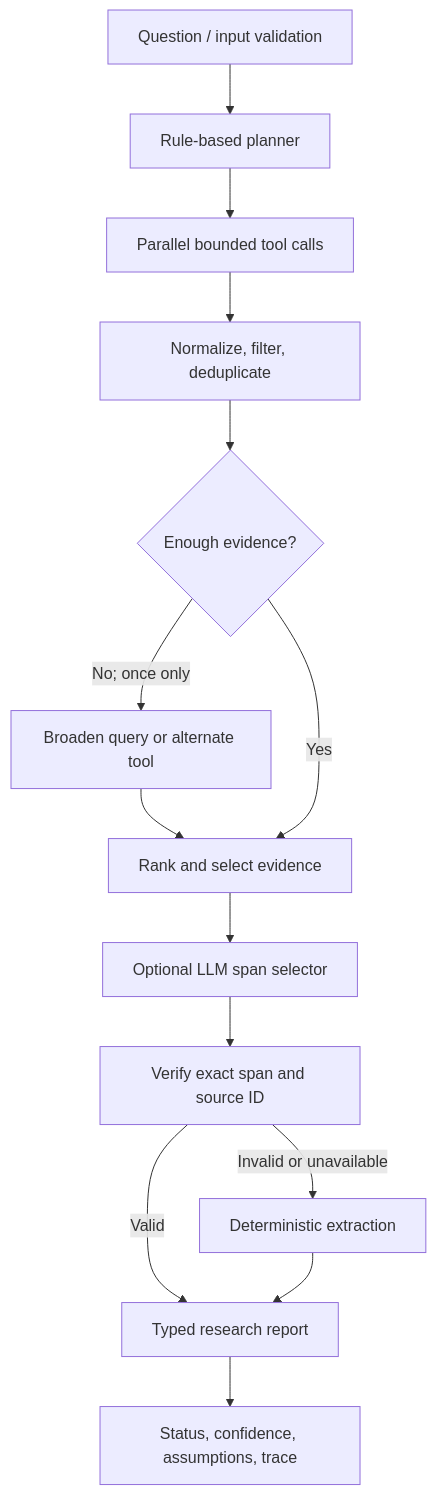
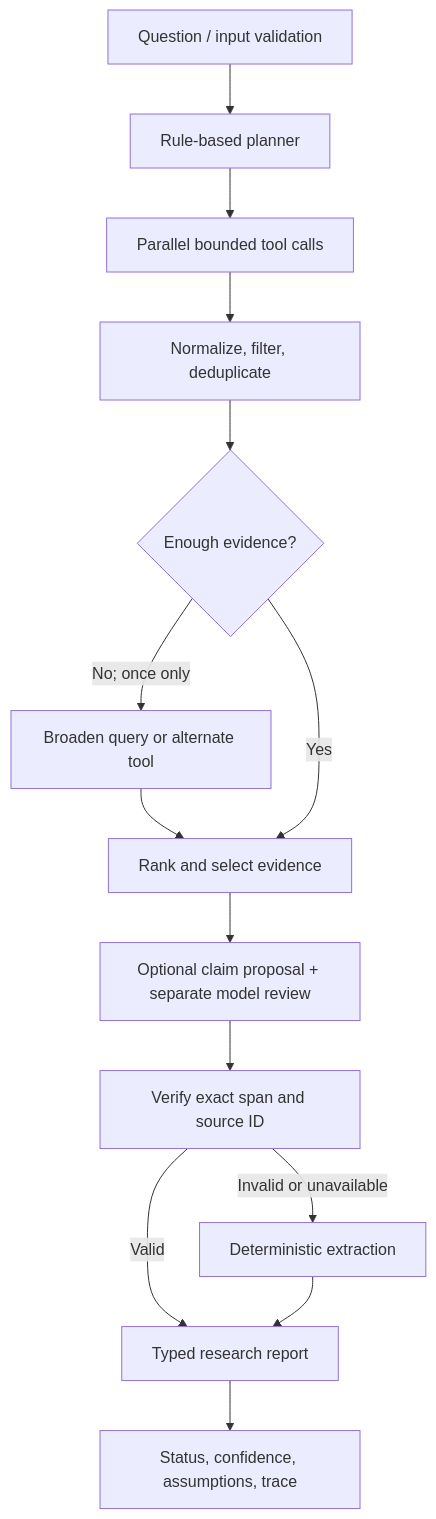
One commit to Riyamahato2003/veritas-research-agent changed the diagram in README.md. Above: the diagram before and after it, drawn with Mermaid. The commit also changed other lines of this file and 10 other files, not shown here.

Commit message:
CP15: general structured synthesis with fail-closed claim review and coverage

````diff
--- a/README.md
+++ b/README.md
@@ -35,16 +35,16 @@
 ```mermaid
 flowchart TD
   Q[Question / input validation] --> P[Rule-based planner]
   P --> T[Parallel bounded tool calls]
   T --> F[Normalize, filter, deduplicate]
   F --> R{Enough evidence?}
   R -->|No; once only| T2[Broaden query or alternate tool]
   T2 --> S[Rank and select evidence]
   R -->|Yes| S
-  S --> M[Optional LLM span selector]
+  S --> M[Optional claim proposal + separate model review]
   M --> V[Verify exact span and source ID]
   V -->|Invalid or unavailable| X[Deterministic extraction]
   V -->|Valid| O[Typed research report]
   X --> O
   O --> A[Status, confidence, assumptions, trace]
 ```
````
